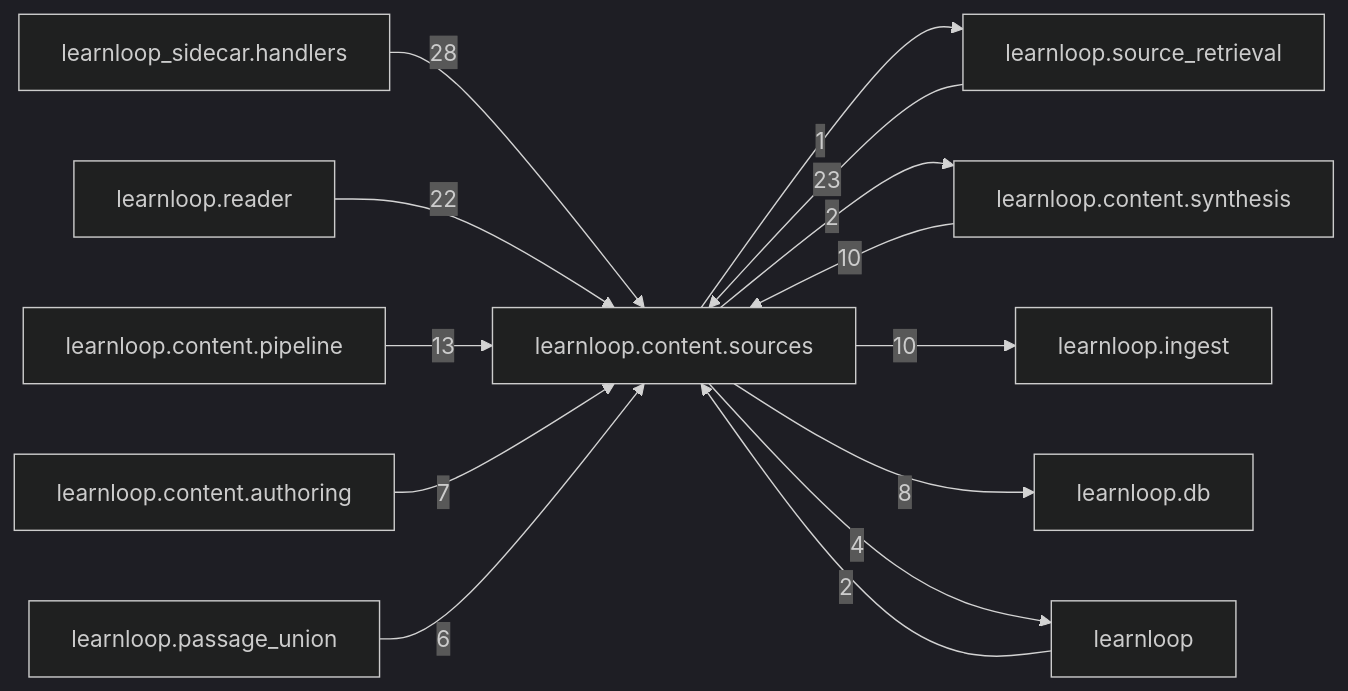
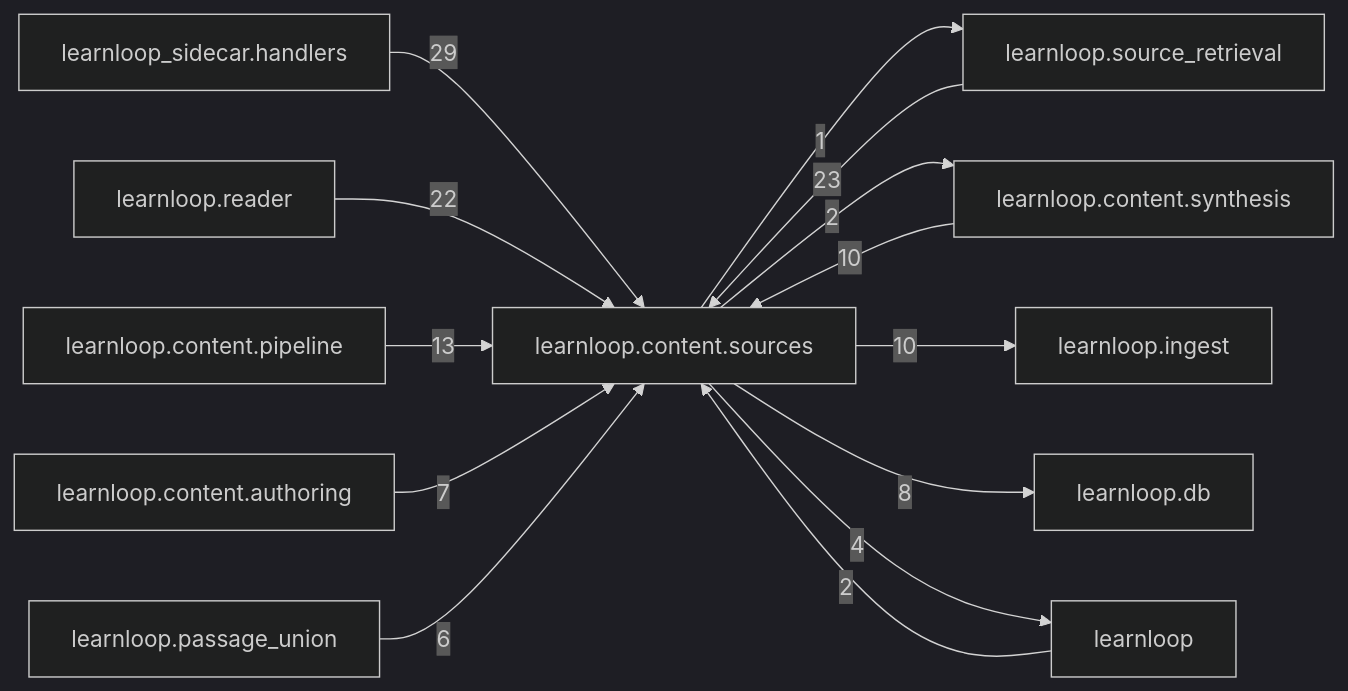
One commit to 6up-b/learnanything changed the diagram in docs/learnloop-architecture-vault/Reference/Modules/learnloop/content/sources/_package.md. Above: the diagram before and after it, drawn with Mermaid (dark theme). The commit also changed other lines of this file and 188 other files, not shown here.

````diff
--- a/docs/learnloop-architecture-vault/Reference/Modules/learnloop/content/sources/_package.md
+++ b/docs/learnloop-architecture-vault/Reference/Modules/learnloop/content/sources/_package.md
@@ -127,27 +127,27 @@
 ```mermaid
 flowchart LR
     center["learnloop.content.sources"]
     n_learnloop_sidecar_handlers["learnloop_sidecar.handlers"]
     n_learnloop_source_retrieval["learnloop.source_retrieval"]
     n_learnloop_reader["learnloop.reader"]
     n_learnloop_content_pipeline["learnloop.content.pipeline"]
     n_learnloop_content_synthesis["learnloop.content.synthesis"]
     n_learnloop_ingest["learnloop.ingest"]
     n_learnloop_db["learnloop.db"]
     n_learnloop_content_authoring["learnloop.content.authoring"]
     n_learnloop["learnloop"]
     n_learnloop_passage_union["learnloop.passage_union"]
-    n_learnloop_sidecar_handlers -->|28| center
+    n_learnloop_sidecar_handlers -->|29| center
     n_learnloop_source_retrieval -->|23| center
     center -->|1| n_learnloop_source_retrieval
     n_learnloop_reader -->|22| center
     n_learnloop_content_pipeline -->|13| center
     n_learnloop_content_synthesis -->|10| center
     center -->|2| n_learnloop_content_synthesis
     center -->|10| n_learnloop_ingest
     center -->|8| n_learnloop_db
     n_learnloop_content_authoring -->|7| center
     n_learnloop -->|2| center
     center -->|4| n_learnloop
     n_learnloop_passage_union -->|6| center
 ```
````
